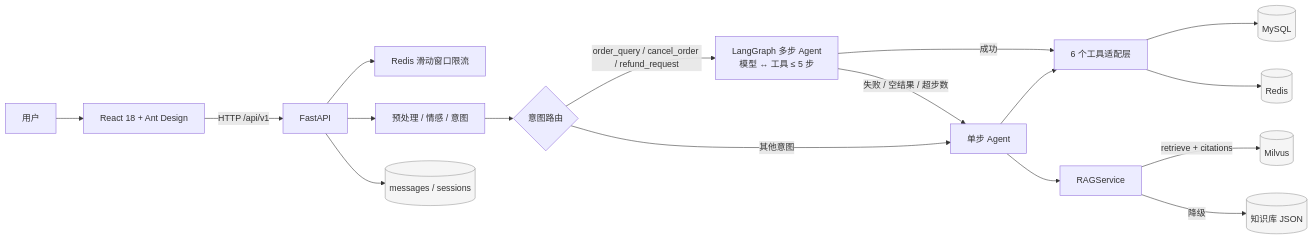
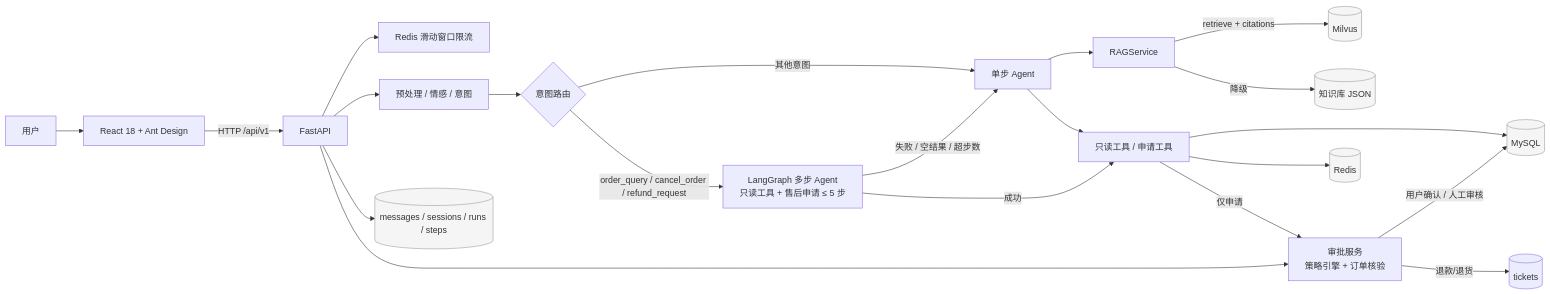
The diagram in README.md (lhua64930-ffsdfs/ecommerce-customer-service), drawn with Mermaid before and after one commit. The commit also changed other lines of this file and 71 other files, not shown here.

First line of the commit message:
feat: 售后审批运行时 + 策略引擎 + 订单核验

````diff
--- a/README.md
+++ b/README.md
@@ -94,22 +101,26 @@
 ```mermaid
 flowchart LR
     U[用户] --> FE[React 18 + Ant Design]
     FE -->|HTTP /api/v1| API[FastAPI]
     API --> RL[Redis 滑动窗口限流]
     API --> PRE[预处理 / 情感 / 意图]
     PRE --> ROUTE{意图路由}
-    ROUTE -->|order_query / cancel_order / refund_request| GRAPH[LangGraph 多步 Agent<br/>模型 ↔ 工具 ≤ 5 步]
-    GRAPH -->|成功| TOOLS[6 个工具适配层]
+    ROUTE -->|order_query / cancel_order / refund_request| GRAPH[LangGraph 多步 Agent<br/>只读工具 + 售后申请 ≤ 5 步]
+    GRAPH -->|成功| TOOLS[只读工具 / 申请工具]
     GRAPH -->|失败 / 空结果 / 超步数| SINGLE[单步 Agent]
     ROUTE -->|其他意图| SINGLE
     SINGLE --> TOOLS
     SINGLE --> RAG[RAGService]
     RAG -->|retrieve + citations| MILVUS[(Milvus)]
     RAG -->|降级| KB[(知识库 JSON)]
-    TOOLS --> DB[(MySQL)]
+    API --> APP[审批服务<br/>策略引擎 + 订单核验]
+    TOOLS -->|仅申请| APP
+    APP -->|用户确认 / 人工审核| DB[(MySQL)]
+    APP -->|退款/退货| TICKET[(tickets)]
+    TOOLS --> DB
     TOOLS --> REDIS[(Redis)]
-    API --> MSG[(messages / sessions)]
+    API --> MSG[(messages / sessions / runs / steps)]
 
     classDef store fill:#f5f5f5,stroke:#999;
     class DB,REDIS,MILVUS,MSG,KB store;
 ```
````
